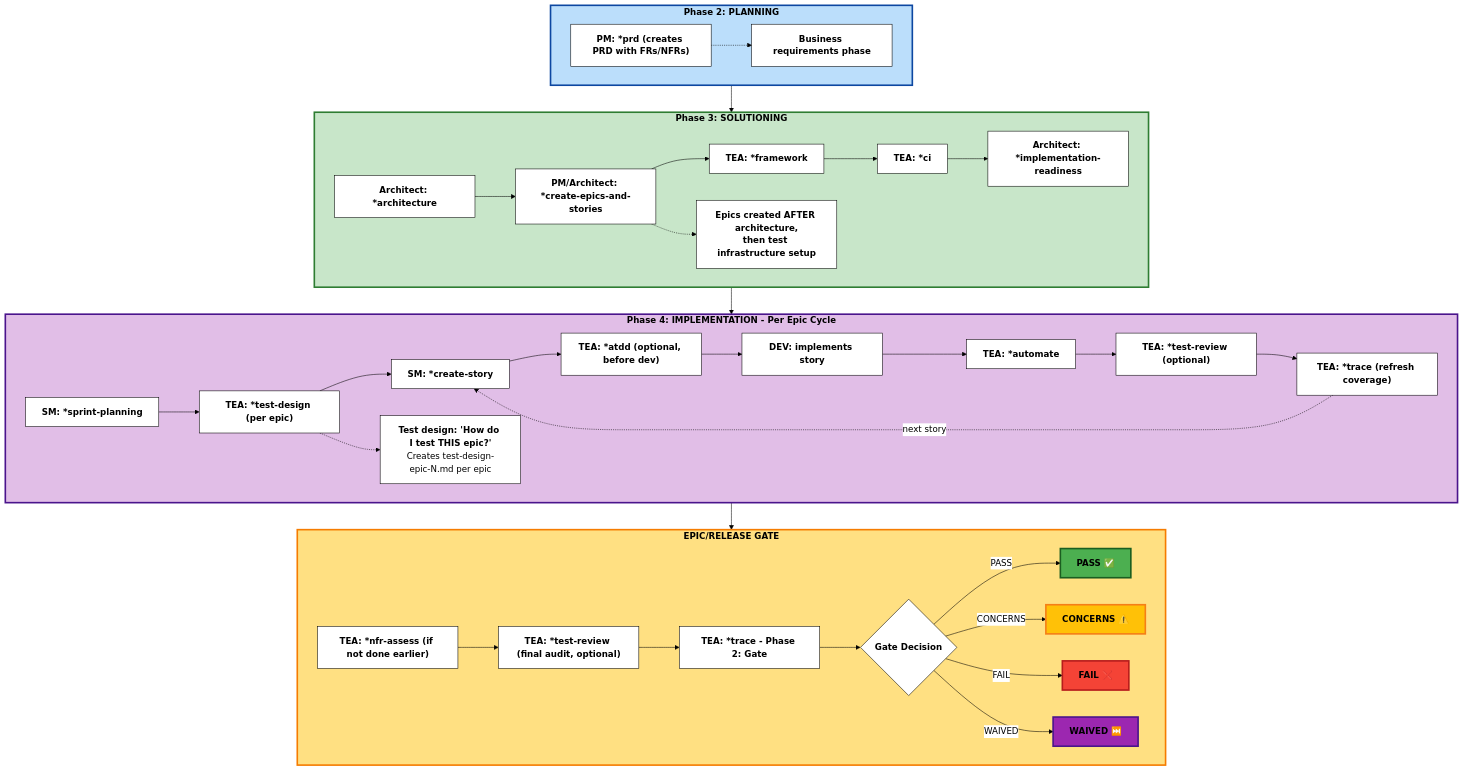
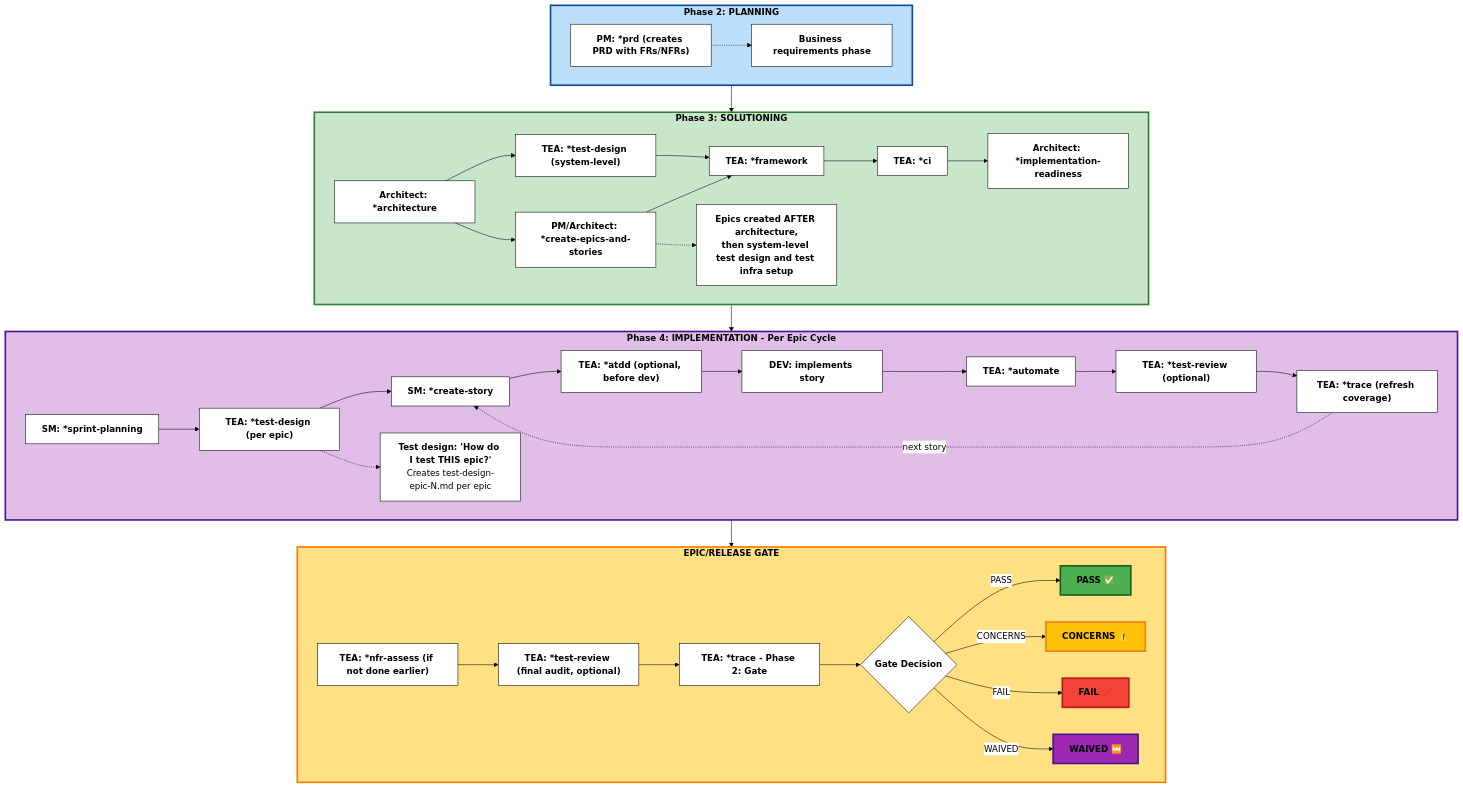
The diagram in src/modules/bmm/docs/test-architecture.md (vivek-dataskate/CBLAeroDelivery), drawn with Mermaid before and after one commit. The commit also changed other lines of this file, not shown here.

Commit message:
docs: test arch ADR usage update 2

````diff
--- a/src/modules/bmm/docs/test-architecture.md
+++ b/src/modules/bmm/docs/test-architecture.md
@@ -17,73 +17,76 @@
 ```mermaid
 %%{init: {'theme':'base', 'themeVariables': { 'primaryColor':'#fff','primaryTextColor':'#000','primaryBorderColor':'#000','lineColor':'#000','secondaryColor':'#fff','tertiaryColor':'#fff','fontSize':'16px','fontFamily':'arial'}}}%%
 graph TB
     subgraph Phase2["<b>Phase 2: PLANNING</b>"]
         PM["<b>PM: *prd (creates PRD with FRs/NFRs)</b>"]
         PlanNote["<b>Business requirements phase</b>"]
         PM -.-> PlanNote
     end
 
     subgraph Phase3["<b>Phase 3: SOLUTIONING</b>"]
         Architecture["<b>Architect: *architecture</b>"]
         EpicsStories["<b>PM/Architect: *create-epics-and-stories</b>"]
+        TestDesignSys["<b>TEA: *test-design (system-level)</b>"]
         Framework["<b>TEA: *framework</b>"]
         CI["<b>TEA: *ci</b>"]
         GateCheck["<b>Architect: *implementation-readiness</b>"]
         Architecture --> EpicsStories
+        Architecture --> TestDesignSys
+        TestDesignSys --> Framework
         EpicsStories --> Framework
         Framework --> CI
         CI --> GateCheck
-        Phase3Note["<b>Epics created AFTER architecture,</b><br/><b>then test infrastructure setup</b>"]
+        Phase3Note["<b>Epics created AFTER architecture,</b><br/><b>then system-level test design and test infra setup</b>"]
         EpicsStories -.-> Phase3Note
     end
 
     subgraph Phase4["<b>Phase 4: IMPLEMENTATION - Per Epic Cycle</b>"]
         SprintPlan["<b>SM: *sprint-planning</b>"]
         TestDesign["<b>TEA: *test-design (per epic)</b>"]
         CreateStory["<b>SM: *create-story</b>"]
         ATDD["<b>TEA: *atdd (optional, before dev)</b>"]
         DevImpl["<b>DEV: implements story</b>"]
         Automate["<b>TEA: *automate</b>"]
         TestReview1["<b>TEA: *test-review (optional)</b>"]
         Trace1["<b>TEA: *trace (refresh coverage)</b>"]
 
         SprintPlan --> TestDesign
         TestDesign --> CreateStory
         CreateStory --> ATDD
         ATDD --> DevImpl
         DevImpl --> Automate
         Automate --> TestReview1
         TestReview1 --> Trace1
         Trace1 -.->|next story| CreateStory
         TestDesignNote["<b>Test design: 'How do I test THIS epic?'</b><br/>Creates test-design-epic-N.md per epic"]
         TestDesign -.-> TestDesignNote
     end
 
     subgraph Gate["<b>EPIC/RELEASE GATE</b>"]
         NFR["<b>TEA: *nfr-assess (if not done earlier)</b>"]
         TestReview2["<b>TEA: *test-review (final audit, optional)</b>"]
         TraceGate["<b>TEA: *trace - Phase 2: Gate</b>"]
         GateDecision{"<b>Gate Decision</b>"}
 
         NFR --> TestReview2
         TestReview2 --> TraceGate
         TraceGate --> GateDecision
         GateDecision -->|PASS| Pass["<b>PASS ✅</b>"]
         GateDecision -->|CONCERNS| Concerns["<b>CONCERNS ⚠️</b>"]
         GateDecision -->|FAIL| Fail["<b>FAIL ❌</b>"]
         GateDecision -->|WAIVED| Waived["<b>WAIVED ⏭️</b>"]
     end
 
     Phase2 --> Phase3
     Phase3 --> Phase4
     Phase4 --> Gate
 
     style Phase2 fill:#bbdefb,stroke:#0d47a1,stroke-width:3px,color:#000
     style Phase3 fill:#c8e6c9,stroke:#2e7d32,stroke-width:3px,color:#000
     style Phase4 fill:#e1bee7,stroke:#4a148c,stroke-width:3px,color:#000
     style Gate fill:#ffe082,stroke:#f57c00,stroke-width:3px,color:#000
     style Pass fill:#4caf50,stroke:#1b5e20,stroke-width:3px,color:#000
     style Concerns fill:#ffc107,stroke:#f57f17,stroke-width:3px,color:#000
     style Fail fill:#f44336,stroke:#b71c1c,stroke-width:3px,color:#000
     style Waived fill:#9c27b0,stroke:#4a148c,stroke-width:3px,color:#000
 ```
````
